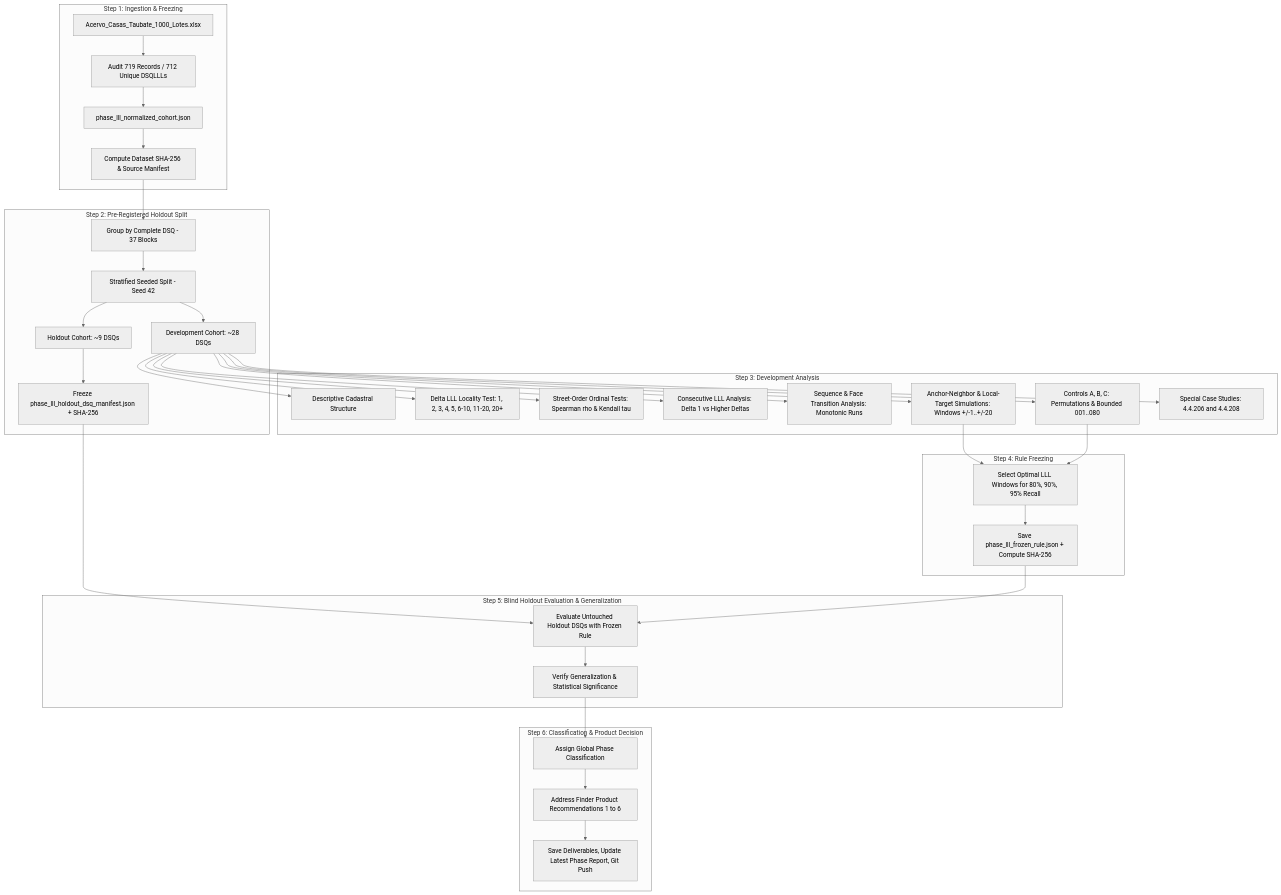
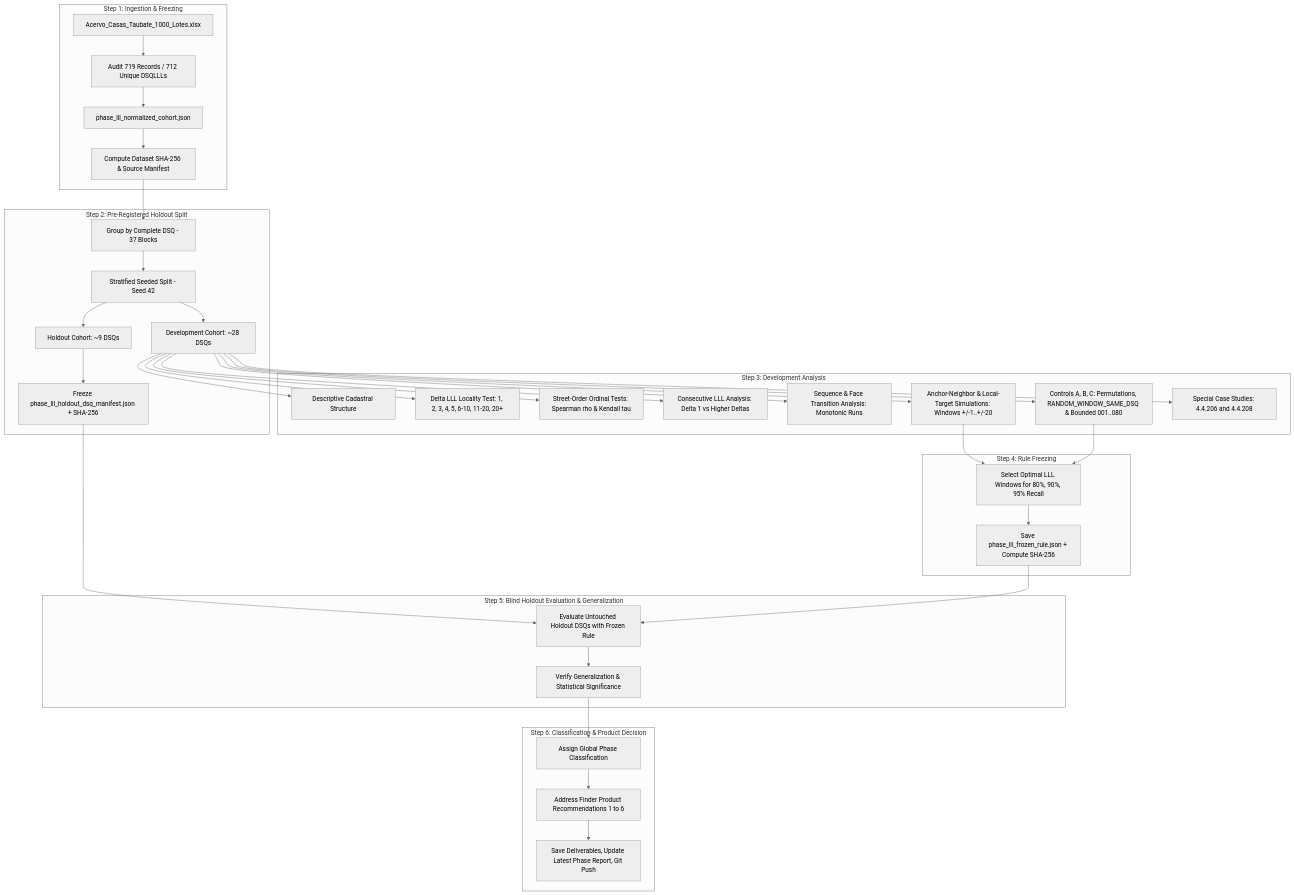
Before and after one commit to mlapidotome/ultraviolet-quasar: the diagram in brain/address_finder/plans/PHASE_LLL_SPATIAL_SEQUENTIALITY_PLAN.md, drawn with Mermaid (neutral theme). The commit also changed other lines of this file and 36 other files, not shown here.

````diff
--- a/brain/address_finder/plans/PHASE_LLL_SPATIAL_SEQUENTIALITY_PLAN.md
+++ b/brain/address_finder/plans/PHASE_LLL_SPATIAL_SEQUENTIALITY_PLAN.md
@@ -47,43 +47,43 @@
 ```mermaid
 graph TD
     subgraph Step 1: Ingestion & Freezing
         A1[Acervo_Casas_Taubate_1000_Lotes.xlsx] --> A2[Audit 719 Records / 712 Unique DSQLLLs]
         A2 --> A3[phase_lll_normalized_cohort.json]
         A3 --> A4[Compute Dataset SHA-256 & Source Manifest]
     end
 
     subgraph Step 2: Pre-Registered Holdout Split
         A4 --> B1[Group by Complete DSQ - 37 Blocks]
         B1 --> B2[Stratified Seeded Split - Seed 42]
         B2 --> B3[Development Cohort: ~28 DSQs]
         B2 --> B4[Holdout Cohort: ~9 DSQs]
         B4 --> B5[Freeze phase_lll_holdout_dsq_manifest.json + SHA-256]
     end
 
     subgraph Step 3: Development Analysis
         B3 --> C1[Descriptive Cadastral Structure]
         B3 --> C2[Delta LLL Locality Test: 1, 2, 3, 4, 5, 6-10, 11-20, 20+]
         B3 --> C3[Street-Order Ordinal Tests: Spearman rho & Kendall tau]
         B3 --> C4[Consecutive LLL Analysis: Delta 1 vs Higher Deltas]
         B3 --> C5[Sequence & Face Transition Analysis: Monotonic Runs]
         B3 --> C6[Anchor-Neighbor & Local-Target Simulations: Windows +/-1..+/-20]
-        B3 --> C7[Controls A, B, C: Permutations & Bounded 001..080]
+        B3 --> C7[Controls A, B, C: Permutations, RANDOM_WINDOW_SAME_DSQ & Bounded 001..080]
         B3 --> C8[Special Case Studies: 4.4.206 and 4.4.208]
     end
 
     subgraph Step 4: Rule Freezing
         C6 & C7 --> D1[Select Optimal LLL Windows for 80%, 90%, 95% Recall]
         D1 --> D2[Save phase_lll_frozen_rule.json + Compute SHA-256]
     end
 
     subgraph Step 5: Blind Holdout Evaluation & Generalization
         B5 & D2 --> E1[Evaluate Untouched Holdout DSQs with Frozen Rule]
         E1 --> E2[Verify Generalization & Statistical Significance]
     end
 
     subgraph Step 6: Classification & Product Decision
         E2 --> F1[Assign Global Phase Classification]
         F1 --> F2[Address Finder Product Recommendations 1 to 6]
         F2 --> F3[Save Deliverables, Update Latest Phase Report, Git Push]
     end
 ```
````
